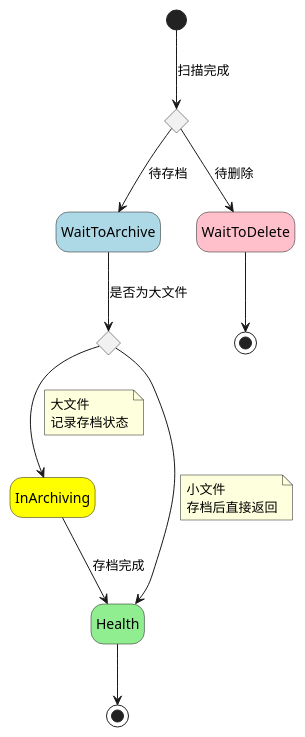
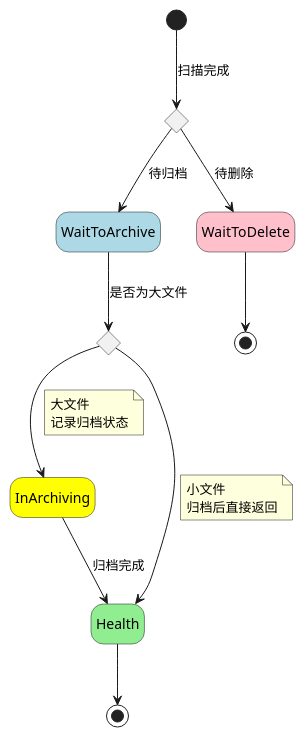
The third of 3 diagrams in docs/02-详细设计-03-数据记录状态设计.md (cc01cc/OneArchive), drawn with PlantUML before and after one commit. The commit also changed other lines of this file and 147 other files, not shown here.

````diff
--- a/docs/02-详细设计-03-数据记录状态设计.md
+++ b/docs/02-详细设计-03-数据记录状态设计.md
@@ -93,39 +93,39 @@
 ```plantuml
 @startuml
 hide empty description
 ' 状态定义
 state "WaitToArchive" as WaitToArchive #lightblue
 state "InArchiving" as InArchiving #yellow
 state "Health" as Health #lightgreen
 state "WaitToDelete" as WaitToDelete #pink
 
 state scanComplete <<choice>>
 state isLargeFile <<choice>>
 state end1 <<end>>
 state end2 <<end>>
 
 [*] -->  scanComplete : 扫描完成
 ' InScanning --> scanComplete: 扫描完成
 ' scanComplete --> Health : 无变更
 
-scanComplete -->WaitToArchive : 待存档
+scanComplete -->WaitToArchive : 待归档
 WaitToArchive --> isLargeFile : 是否为大文件
 isLargeFile --> InArchiving
 note on link
 大文件
-记录存档状态
+记录归档状态
 end note
 isLargeFile --> Health
 note on link
 小文件
-存档后直接返回
+归档后直接返回
 end note
-InArchiving --> Health : 存档完成
+InArchiving --> Health : 归档完成
 
 scanComplete --> WaitToDelete : 待删除
 WaitToDelete --> end1
 
 Health --> end2
 
 @enduml
 ```
````
